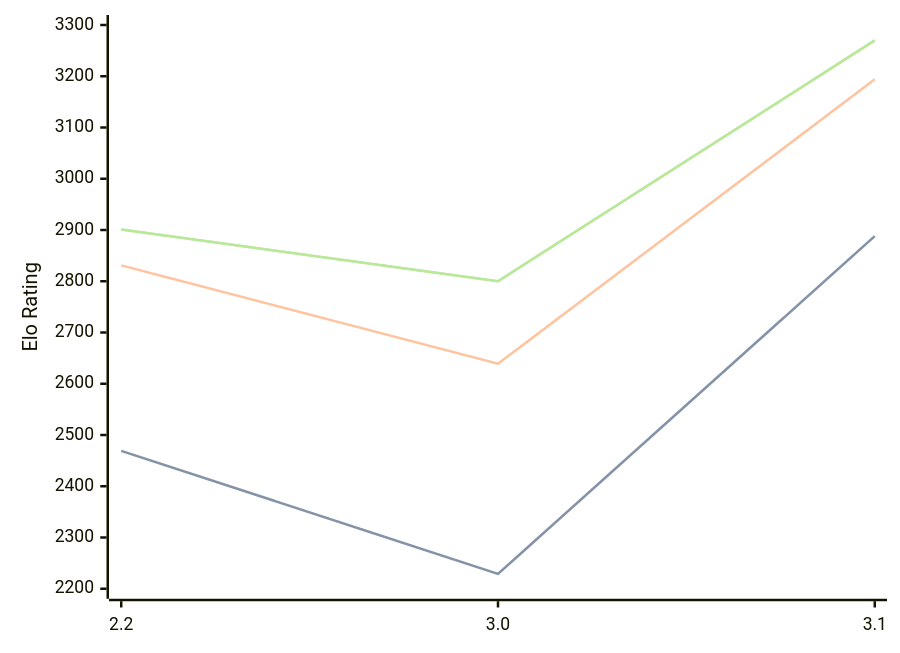
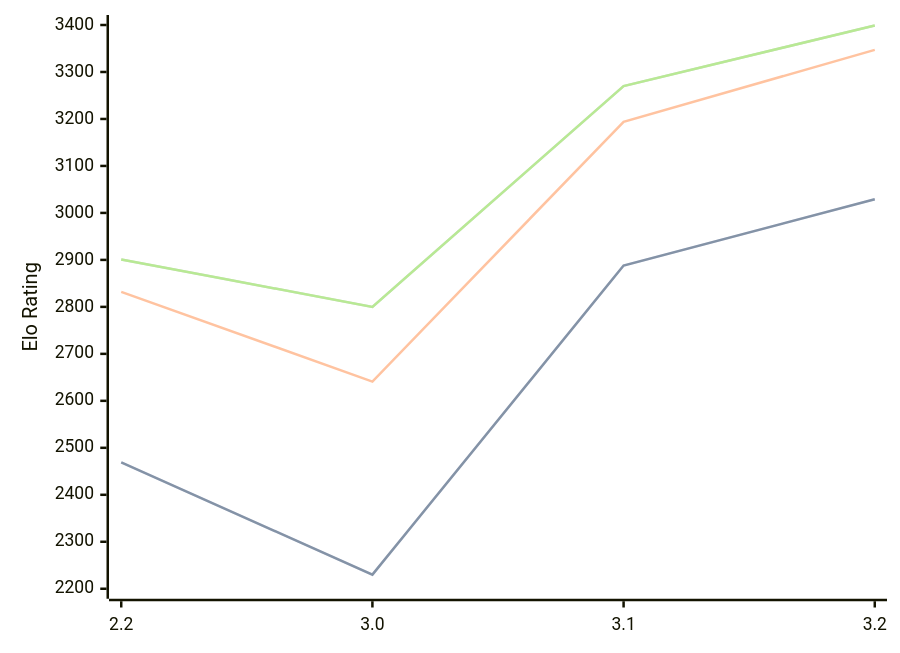
The diagram in engines/Thrawn.md (computer-chess-index/cci), drawn with Mermaid before and after one commit. The commit also changed other lines of this file, not shown here.

Commit message:
Update CCI Ratings (ELO VLTC) - 2026-09-06

````diff
--- a/engines/Thrawn.md
+++ b/engines/Thrawn.md
@@ -34,11 +34,11 @@
 ```mermaid
 %%{init: {"theme":"base","themeVariables":{"seriesColors:['#a3a3a3','#222221','#faa371']}}}%%
 xychart-beta
-  x-axis ["2.2", "3.0", "3.1"]
-  y-axis "Elo Rating" 2200 --> 3300
-  line "" [2469, 2229, 2888]
-  line "STC (8.0+0.08s)" [2469, 2229, 2888]
-  line "LTC (60.0+0.60s)" [2831, 2639, 3194]
-  line "" [2901, 2800, 3270]
-  line "VLTC (2m24s+1.12s)" [2901, 2800, 3270]
+  x-axis ["2.2", "3.0", "3.1", "3.2"]
+  y-axis "Elo Rating" 2200 --> 3400
+  line "" [2469, 2230, 2888, 3029]
+  line "STC (8.0+0.08s)" [2469, 2230, 2888, 3029]
+  line "LTC (60.0+0.60s)" [2832, 2641, 3194, 3347]
+  line "" [2901, 2800, 3270, 3399]
+  line "VLTC (2m24s+1.12s)" [2901, 2800, 3270, 3399]
 ```
````
